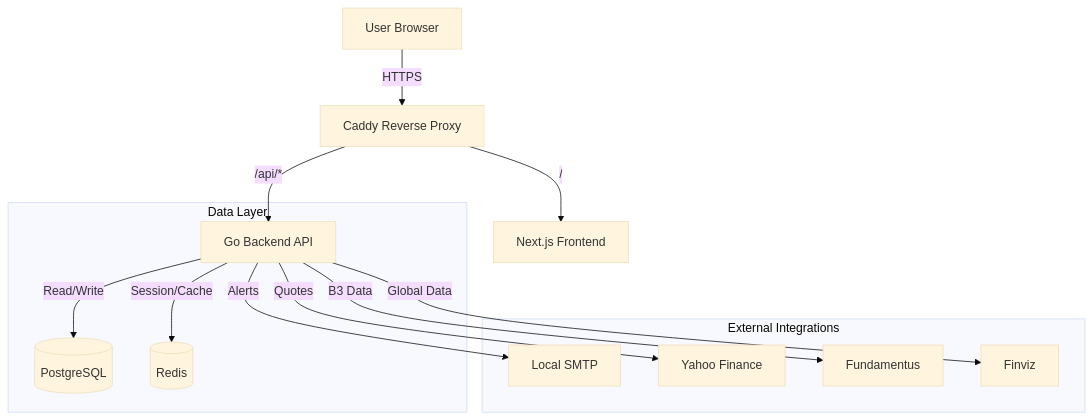
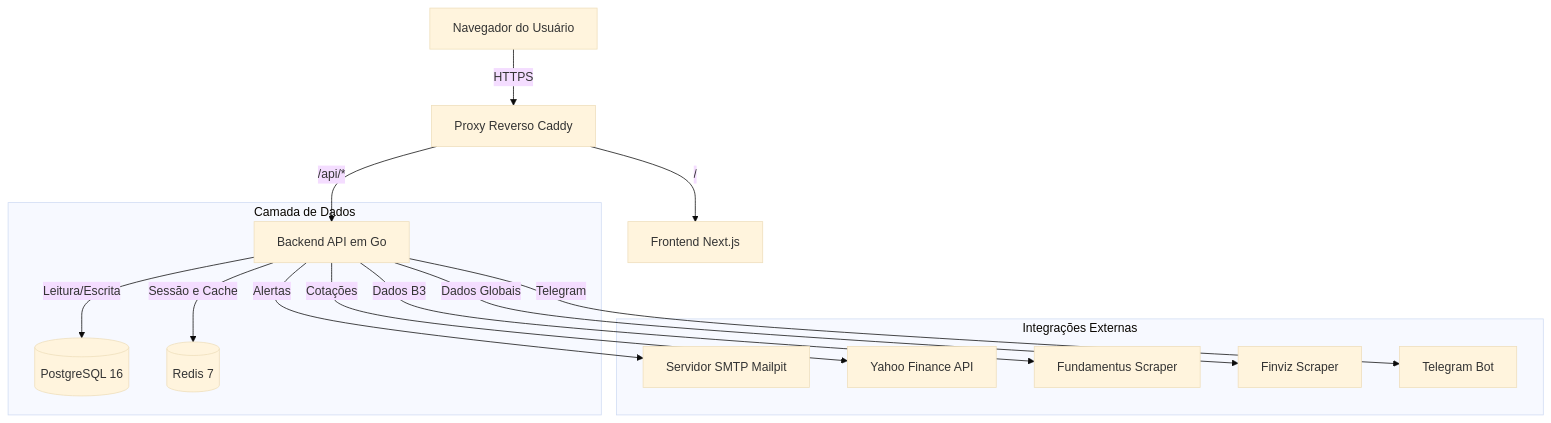
One commit to enakamura3/stock-pulse changed the first of 7 diagrams in README.md. Above: the diagram before and after it, drawn with Mermaid (base theme). The commit also changed other lines of this file and 5 other files, not shown here.

Commit message:
docs: consolidate architecture into single-page README with mermaid diagrams

````diff
--- a/README.md
+++ b/README.md
@@ -109,18 +104,19 @@
 ```mermaid
 graph TD
-    Client[User Browser] -->|HTTPS| Caddy[Caddy Reverse Proxy]
-    Caddy -->|/api/*| GoAPI[Go Backend API]
-    Caddy -->|/| NextJS[Next.js Frontend]
+    Client[Navegador do Usuário] -->|HTTPS| Caddy[Proxy Reverso Caddy]
+    Caddy -->|/api/*| GoAPI[Backend API em Go]
+    Caddy -->|/| NextJS[Frontend Next.js]
     
-    subgraph Data Layer
-        GoAPI -->|Read/Write| PG[(PostgreSQL)]
-        GoAPI -->|Session/Cache| Redis[(Redis)]
+    subgraph Camada de Dados
+        GoAPI -->|Leitura/Escrita| PG[(PostgreSQL 16)]
+        GoAPI -->|Sessão e Cache| Redis[(Redis 7)]
     end
     
-    subgraph External Integrations
-        GoAPI -->|Alerts| Mailpit[Local SMTP]
-        GoAPI -->|Quotes| Yahoo[Yahoo Finance]
-        GoAPI -->|B3 Data| Fundamentus[Fundamentus]
-        GoAPI -->|Global Data| Finviz[Finviz]
+    subgraph Integrações Externas
+        GoAPI -->|Alertas| Mailpit[Servidor SMTP Mailpit]
+        GoAPI -->|Cotações| Yahoo[Yahoo Finance API]
+        GoAPI -->|Dados B3| Fundamentus[Fundamentus Scraper]
+        GoAPI -->|Dados Globais| Finviz[Finviz Scraper]
+        GoAPI -->|Telegram| Telegram[Telegram Bot]
     end
 ```
````
